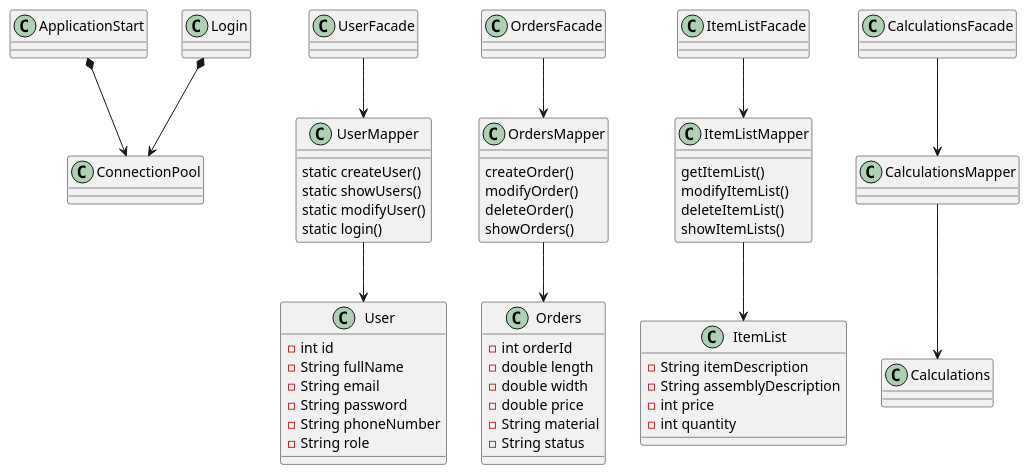
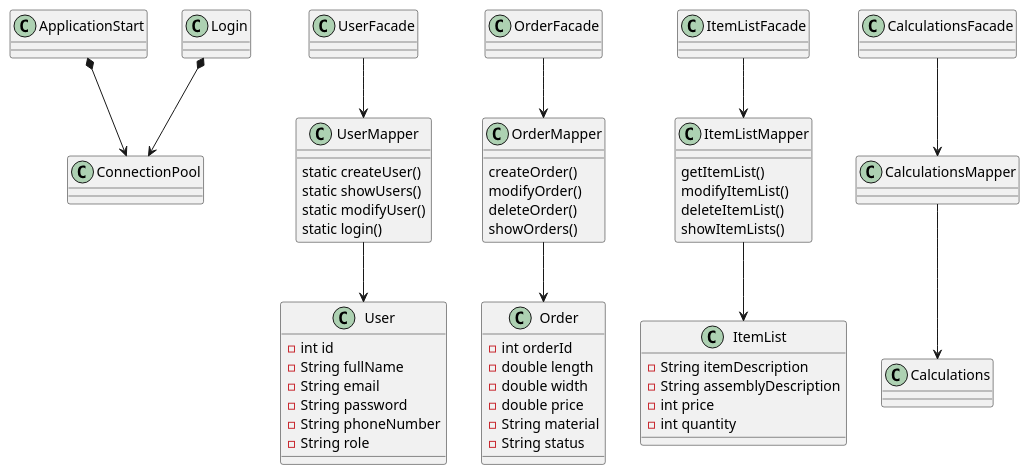
The diagram in documentation/ClassDiagram.puml (Salar86/ProjectFog), drawn with PlantUML before and after one commit. The commit also changed 3 other files, not shown here.

```diff
--- a/documentation/ClassDiagram.puml
+++ b/documentation/ClassDiagram.puml
@@ -1,82 +1,82 @@
 @startuml
 'https://plantuml.com/class-diagram
 class ApplicationStart
 class ConnectionPool
 class Login
 
 ApplicationStart *--> ConnectionPool
 Login *--> ConnectionPool
 
 class User
 {
     -int id
     -String fullName
     -String email
     -String password
     -String phoneNumber
     -String role
 }
 class UserMapper
 {
     static createUser()
     static showUsers()
     static modifyUser()
     static login()
 }
 class UserFacade
 
-class Orders
+class Order
 {
     -int orderId
     -double length
     -double width
     -double price
     -String material
     -String status
 }
-class OrdersMapper
+class OrderMapper
 {
     createOrder()
     modifyOrder()
     deleteOrder()
     showOrders()
 }
-class OrdersFacade
+class OrderFacade
 
 class ItemList
 {
     -String itemDescription
     -String assemblyDescription
     -int price
     -int quantity
 
 }
 class ItemListMapper
 {
     getItemList()
     modifyItemList()
     deleteItemList()
     showItemLists()
 }
 class ItemListFacade
 
 class Calculations
 {
 
 }
 class CalculationsMapper
 class CalculationsFacade
 
 UserFacade --> UserMapper
 UserMapper --> User
 
-OrdersFacade --> OrdersMapper
-OrdersMapper --> Orders
+OrderFacade --> OrderMapper
+OrderMapper --> Order
 
 ItemListFacade --> ItemListMapper
 ItemListMapper --> ItemList
 
 CalculationsFacade --> CalculationsMapper
 CalculationsMapper --> Calculations
 
 @enduml
```
